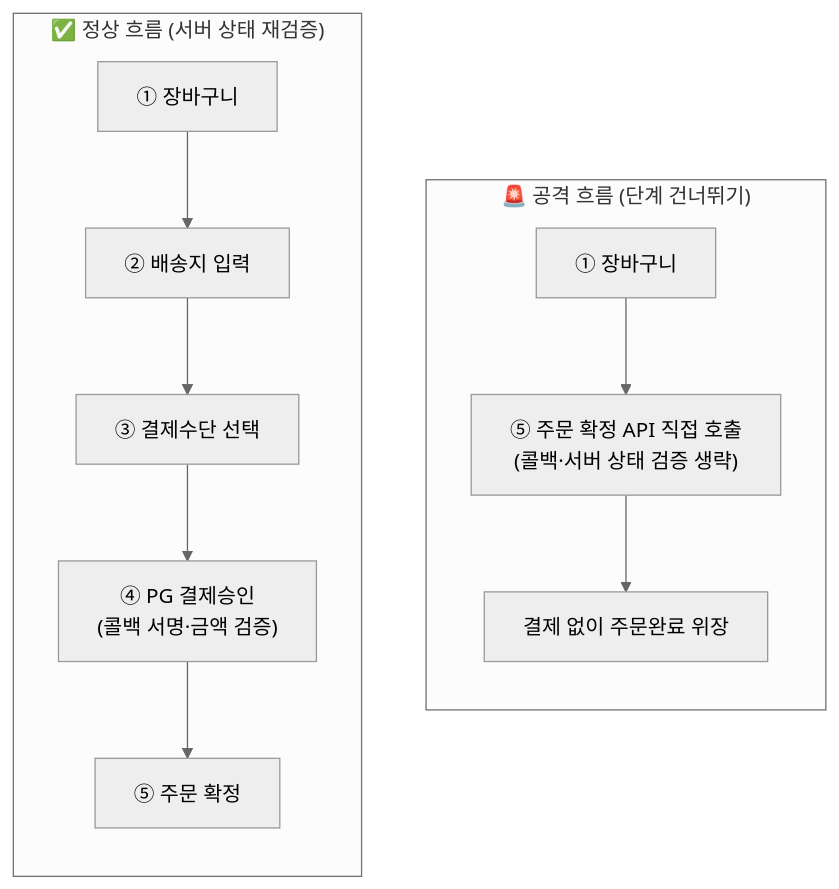
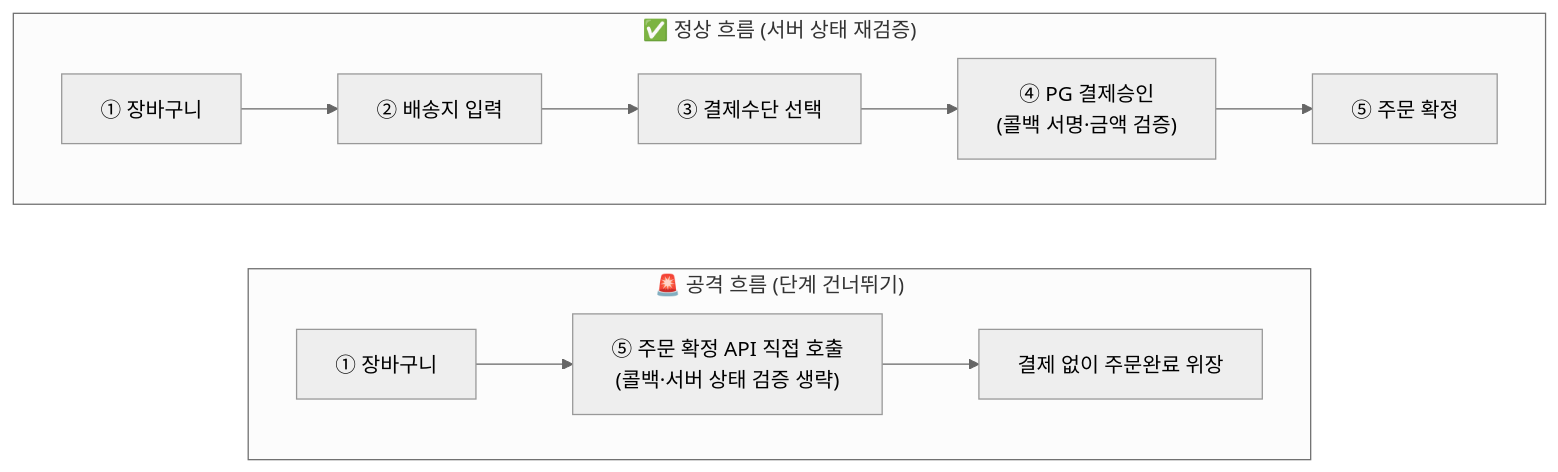
Before and after one commit to gooyong-sec/gooyong-sec.github.io: the second of 2 diagrams in content/웹취약점/웹 취약점 진단 로직편 — 비즈니스 로직 결함 찾는 법.md, drawn with Mermaid (neutral theme). The commit also changed 17 other files, not shown here.

````diff
--- a/content/웹취약점/웹 취약점 진단 로직편 — 비즈니스 로직 결함 찾는 법.md
+++ b/content/웹취약점/웹 취약점 진단 로직편 — 비즈니스 로직 결함 찾는 법.md
@@ -54,10 +54,12 @@
 ```mermaid
-flowchart LR
+flowchart TD
     subgraph Normal["✅ 정상 흐름 (서버 상태 재검증)"]
+        direction LR
         A1["① 장바구니"] --> A2["② 배송지 입력"] --> A3["③ 결제수단 선택"] --> A4["④ PG 결제승인<br/>(콜백 서명·금액 검증)"] --> A5["⑤ 주문 확정"]
     end
     subgraph Attack["🚨 공격 흐름 (단계 건너뛰기)"]
+        direction LR
         B1["① 장바구니"] --> B5["⑤ 주문 확정 API 직접 호출<br/>(콜백·서버 상태 검증 생략)"] --> B6["결제 없이 주문완료 위장"]
     end
     Normal ~~~ Attack
 ```
````
